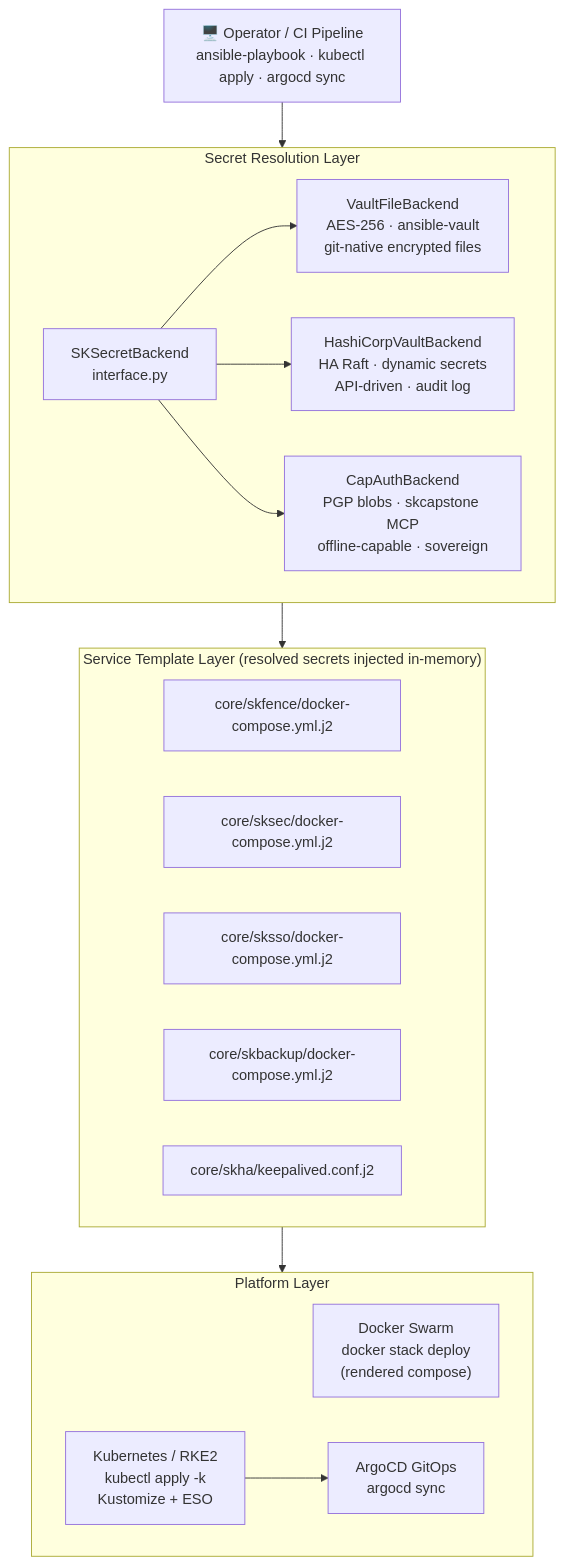
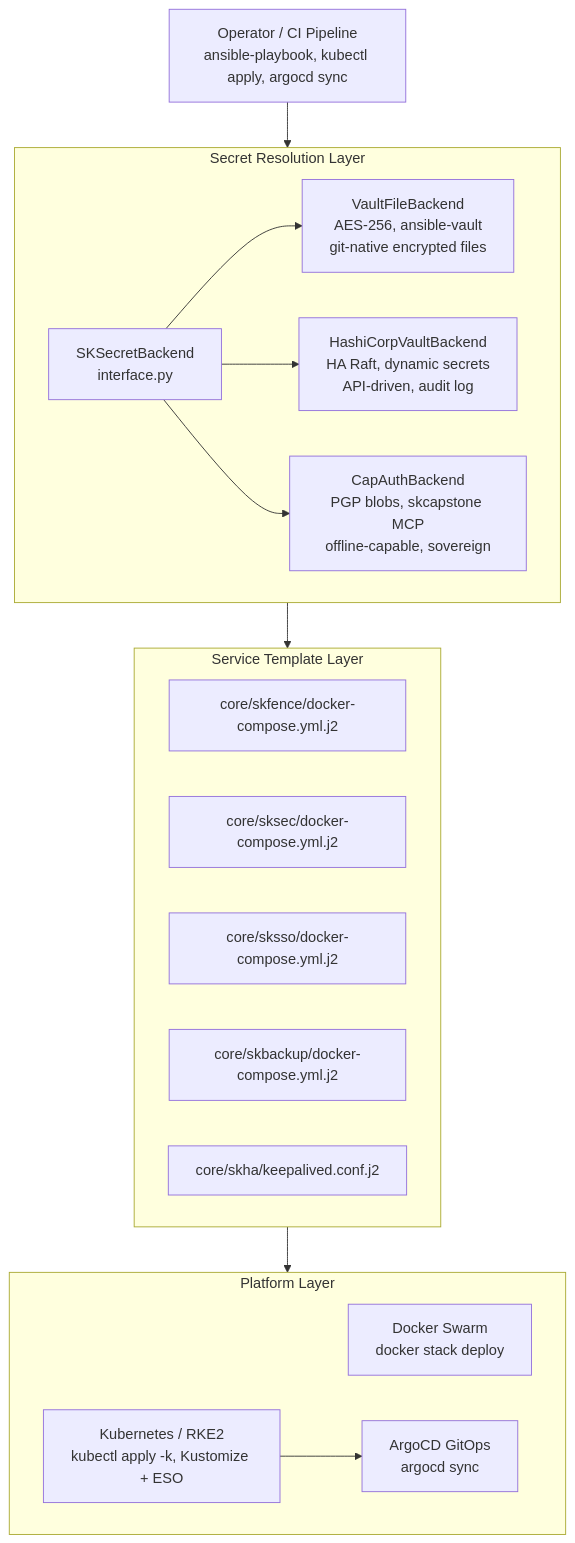
Before and after one commit to smilinTux/skstacks: the first of 7 diagrams in v2/ARCHITECTURE.md, drawn with Mermaid. The commit also changed other lines of this file, not shown here.

First line of the commit message:
fix(docs): sanitize all Mermaid node labels in ARCHITECTURE.md

````diff
--- a/v2/ARCHITECTURE.md
+++ b/v2/ARCHITECTURE.md
@@ -19,33 +19,33 @@
 ```mermaid
 flowchart TD
-    OP["🖥️ Operator / CI Pipeline\nansible-playbook · kubectl apply · argocd sync"]
+    OP["Operator / CI Pipeline\nansible-playbook, kubectl apply, argocd sync"]
 
     subgraph SRL["Secret Resolution Layer"]
         IF["SKSecretBackend\ninterface.py"]
-        VF["VaultFileBackend\nAES-256 · ansible-vault\ngit-native encrypted files"]
-        HV["HashiCorpVaultBackend\nHA Raft · dynamic secrets\nAPI-driven · audit log"]
-        CA["CapAuthBackend\nPGP blobs · skcapstone MCP\noffline-capable · sovereign"]
+        VF["VaultFileBackend\nAES-256, ansible-vault\ngit-native encrypted files"]
+        HV["HashiCorpVaultBackend\nHA Raft, dynamic secrets\nAPI-driven, audit log"]
+        CA["CapAuthBackend\nPGP blobs, skcapstone MCP\noffline-capable, sovereign"]
         IF --> VF
         IF --> HV
         IF --> CA
     end
 
-    subgraph STL["Service Template Layer  (resolved secrets injected in-memory)"]
+    subgraph STL["Service Template Layer"]
         T1["core/skfence/docker-compose.yml.j2"]
         T2["core/sksec/docker-compose.yml.j2"]
         T3["core/sksso/docker-compose.yml.j2"]
         T4["core/skbackup/docker-compose.yml.j2"]
         T5["core/skha/keepalived.conf.j2"]
     end
 
     subgraph PL["Platform Layer"]
-        SW["Docker Swarm\ndocker stack deploy\n(rendered compose)"]
-        K8["Kubernetes / RKE2\nkubectl apply -k\nKustomize + ESO"]
+        SW["Docker Swarm\ndocker stack deploy"]
+        K8["Kubernetes / RKE2\nkubectl apply -k, Kustomize + ESO"]
         AG["ArgoCD GitOps\nargocd sync"]
     end
 
     OP --> SRL
     SRL --> STL
     STL --> PL
     K8 --> AG
 ```
````
